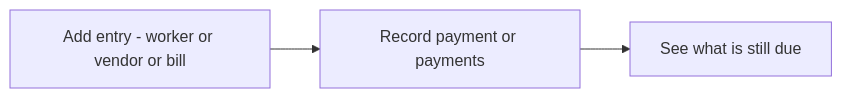
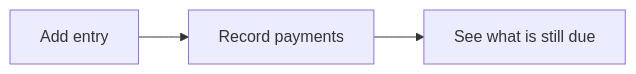
Before and after one commit to mishabcp/buildops: the seventh of 10 diagrams in docs/USER_GUIDE.md, drawn with Mermaid. The commit also changed other lines of this file and 45 other files, not shown here.

````diff
--- a/docs/USER_GUIDE.md
+++ b/docs/USER_GUIDE.md
@@ -99,5 +143,5 @@
 ```mermaid
 flowchart LR
-  AddEntry[Add entry - worker or vendor or bill] --> RecordPayments[Record payment or payments]
+  AddEntry[Add entry] --> RecordPayments[Record payments]
   RecordPayments --> Outstanding[See what is still due]
 ```
````
